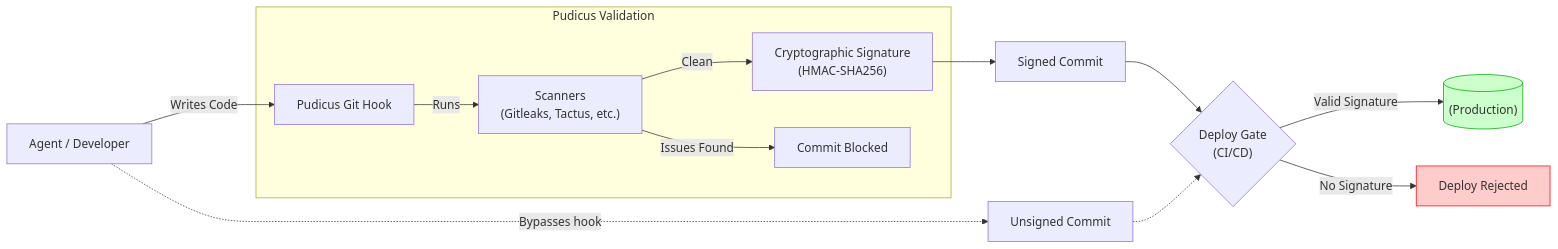
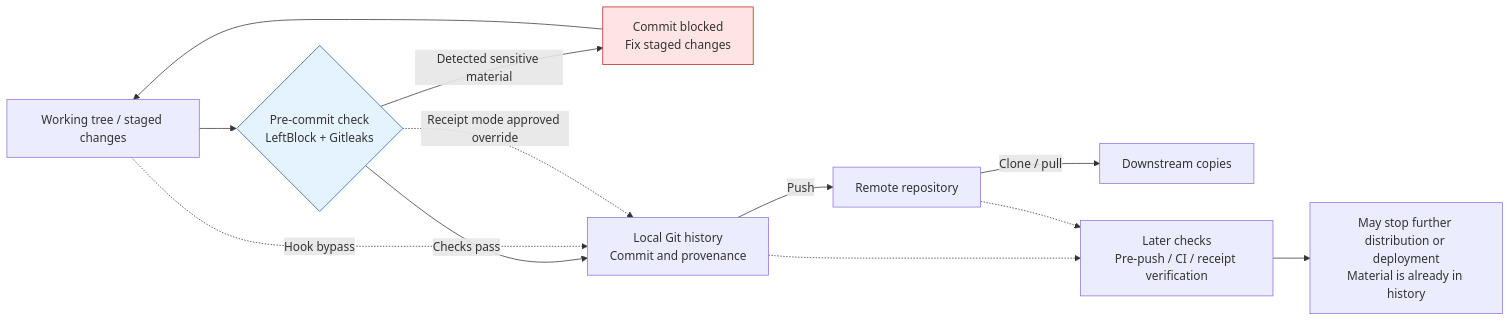
One commit to AnthusAI/Pudicus changed the first of 2 diagrams in README.md. Above: the diagram before and after it, drawn with Mermaid. The commit also changed other lines of this file and 19 other files, not shown here.

First line of the commit message:
feat: rename to LeftBlock and add local pre-commit protection

````diff
--- a/README.md
+++ b/README.md
@@ -11,23 +7,17 @@
 ```mermaid
 flowchart LR
-    Agent["Agent / Developer"] -->|Writes Code| Hook["Pudicus Git Hook"]
-    
-    subgraph Pudicus Validation
-        Hook -->|Runs| Scanners["Scanners<br/>(Gitleaks, Tactus, etc.)"]
-        Scanners -->|Clean| Sig["Cryptographic Signature<br/>(HMAC-SHA256)"]
-        Scanners -->|Issues Found| Block["Commit Blocked"]
-    end
-    
-    Sig --> Commit["Signed Commit"]
-    
-    Agent -.->|Bypasses hook| Unsigned["Unsigned Commit"]
-    
-    Commit --> Gate{"Deploy Gate<br/>(CI/CD)"}
-    Unsigned -.-> Gate
-    
-    Gate -->|Valid Signature| Prod[("(Production)")]
-    Gate -->|No Signature| Reject["Deploy Rejected"]
-    
-    style Prod fill:#ccffcc,stroke:#00aa00
-    style Reject fill:#ffcccc,stroke:#ff0000
+    Work["Working tree / staged changes"] --> Check{"Pre-commit check<br/>LeftBlock + Gitleaks"}
+    Check -->|Detected sensitive material| Block["Commit blocked<br/>Fix staged changes"]
+    Block --> Work
+    Check -->|Checks pass| History["Local Git history<br/>Commit and provenance"]
+    History -->|Push| Remote["Remote repository"]
+    Remote -->|Clone / pull| Copies["Downstream copies"]
+    Work -.->|Hook bypass| History
+    Check -.->|Receipt mode approved override| History
+    History -.-> Later["Later checks<br/>Pre-push / CI / receipt verification"]
+    Remote -.-> Later
+    Later --> Limit["May stop further distribution or deployment<br/>Material is already in history"]
+
+    style Block fill:#ffe4e4,stroke:#b42318
+    style Check fill:#e5f3ff,stroke:#175cd3
 ```
````
